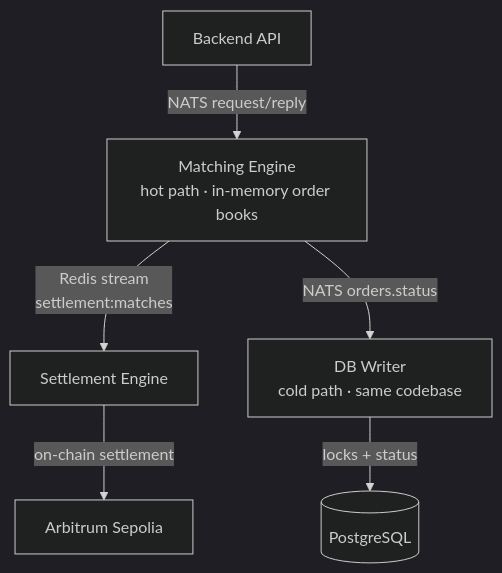
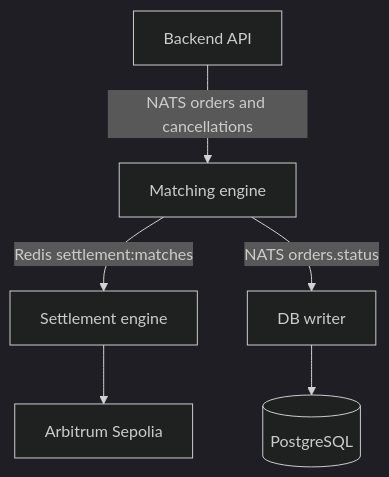
One commit to centuari-labs/matching-engine changed the diagram in README.md. Above: the diagram before and after it, drawn with Mermaid (dark theme). The commit also changed other lines of this file, not shown here.

Commit message:
docs: describe matching engine as a service (#40)

````diff
--- a/README.md
+++ b/README.md
@@ -9,8 +39,8 @@
 ```mermaid
 flowchart TD
-    BE[Backend API] -->|NATS request/reply| ME[Matching Engine<br/>hot path · in-memory order books]
-    ME -->|Redis stream<br/>settlement:matches| SE[Settlement Engine]
-    ME -->|NATS orders.status| DBW[DB Writer<br/>cold path · same codebase]
-    DBW -->|locks + status| PG[(PostgreSQL)]
-    SE -->|on-chain settlement| CHAIN[Arbitrum Sepolia]
+    BE[Backend API] -->|NATS orders and cancellations| ME[Matching engine]
+    ME -->|Redis settlement:matches| SE[Settlement engine]
+    ME -->|NATS orders.status| DBW[DB writer]
+    DBW --> PG[(PostgreSQL)]
+    SE --> CHAIN[Arbitrum Sepolia]
 ```
````
